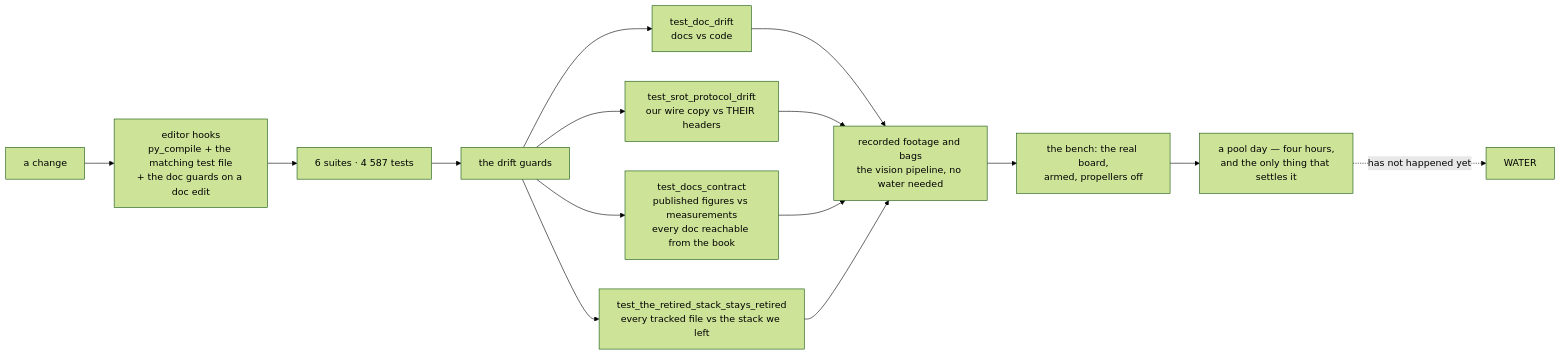
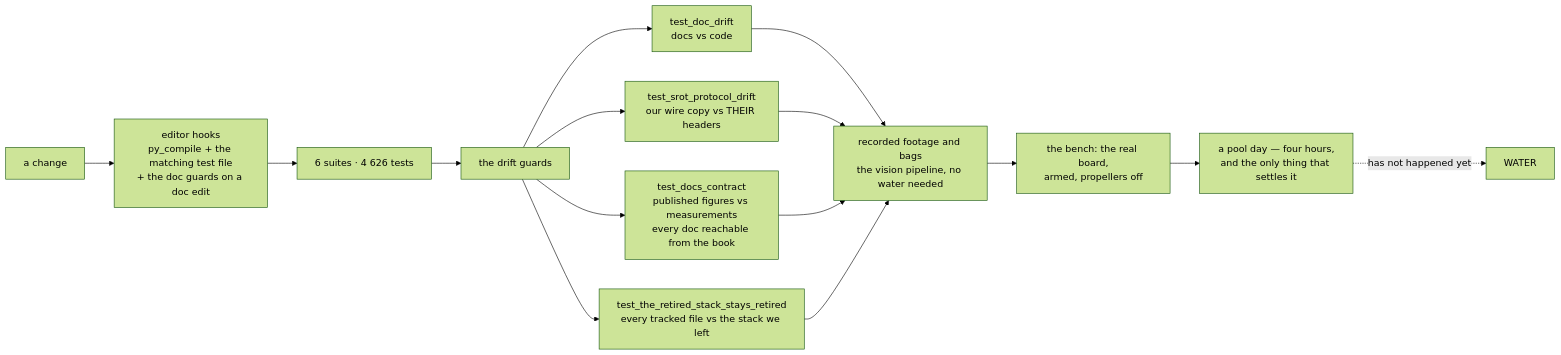
One commit to fh1m/mongla_ws changed the ninth of 10 diagrams in README.md. Above: the diagram before and after it, drawn with Mermaid (forest theme). The commit also changed other lines of this file and 2 other files, not shown here.

````diff
--- a/README.md
+++ b/README.md
@@ -817,17 +817,17 @@
 ```mermaid
 flowchart LR
     DEV["a change"] --> HOOK["editor hooks<br/>py_compile + the matching test file<br/>+ the doc guards on a doc edit"]
-    HOOK --> UNIT["6 suites · 4 587 tests"]
+    HOOK --> UNIT["6 suites · 4 626 tests"]
     UNIT --> GUARD["the drift guards"]
     GUARD --> G1["test_doc_drift<br/>docs vs code"]
     GUARD --> G2["test_srot_protocol_drift<br/>our wire copy vs THEIR headers"]
     GUARD --> G3["test_docs_contract<br/>published figures vs measurements<br/>every doc reachable from the book"]
     GUARD --> G4["test_the_retired_stack_stays_retired<br/>every tracked file vs the stack we left"]
     G1 --> REPLAY["recorded footage and bags<br/>the vision pipeline, no water needed"]
     G2 --> REPLAY
     G3 --> REPLAY
     G4 --> REPLAY
     REPLAY --> BENCH["the bench: the real board,<br/>armed, propellers off"]
     BENCH --> POOL["a pool day — four hours,<br/>and the only thing that settles it"]
     POOL -.->|"has not happened yet"| WATER["WATER"]
 ```
````
